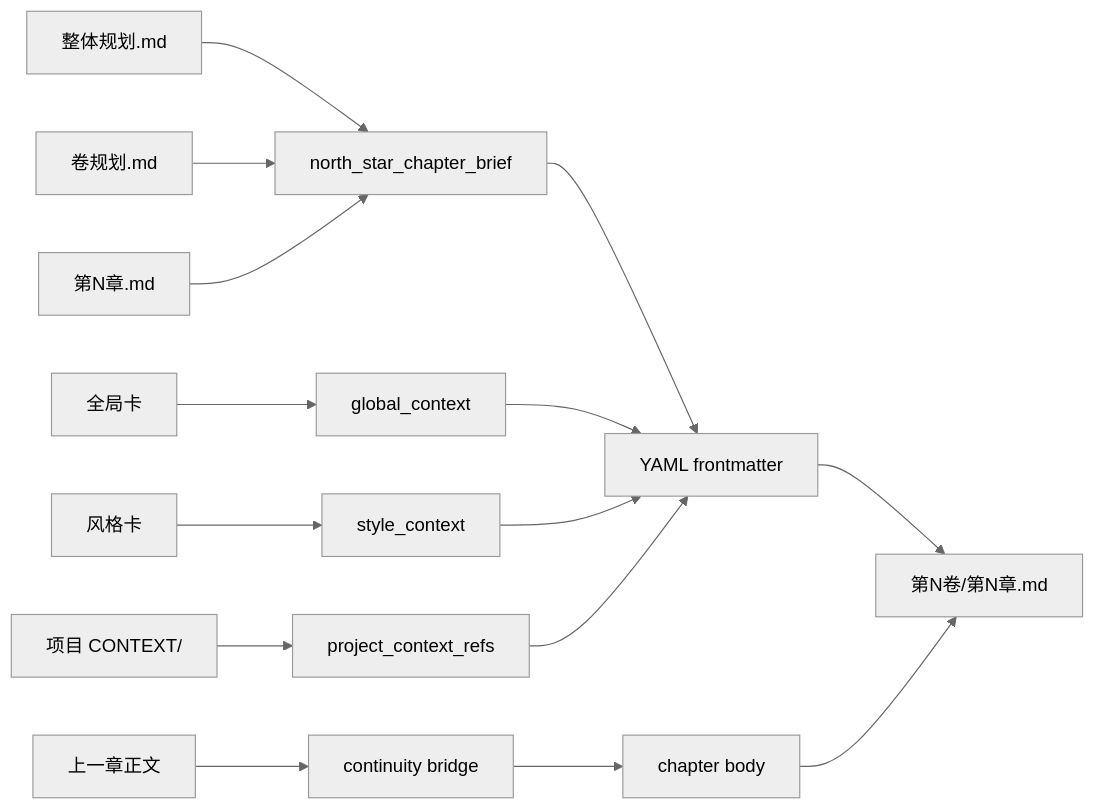
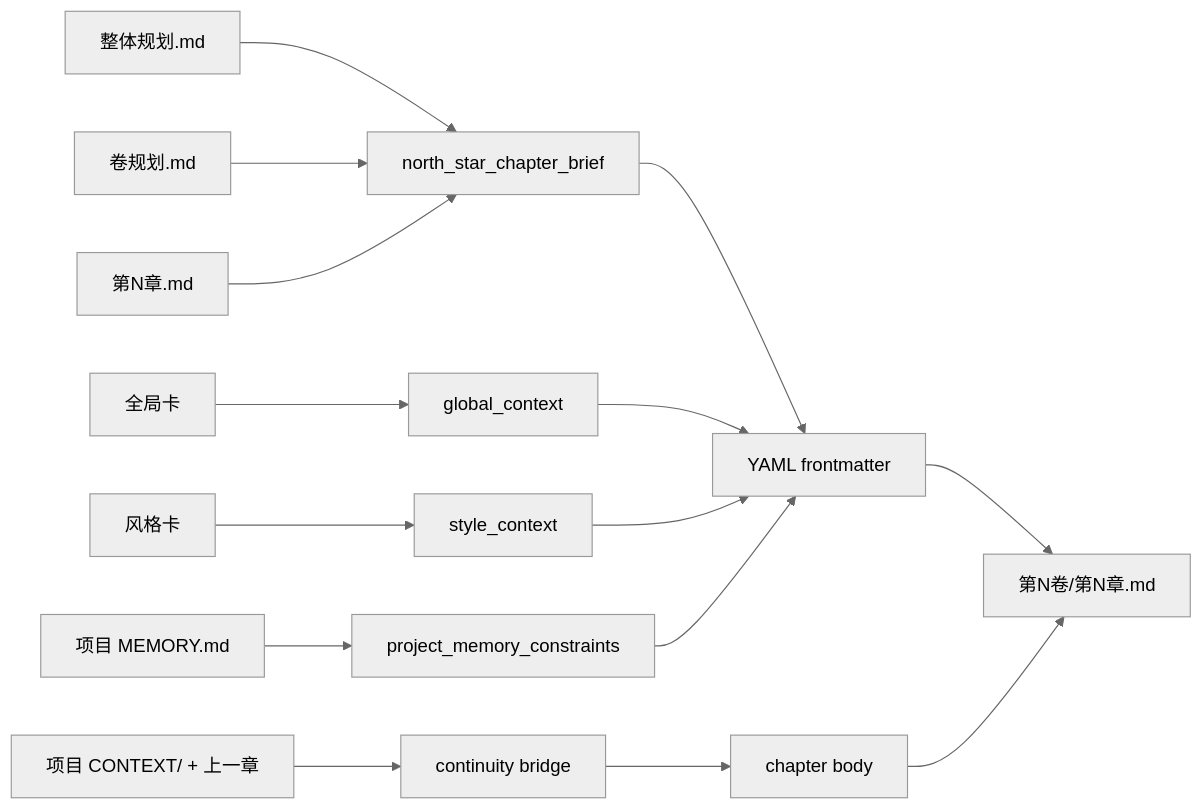
Before and after one commit to ZEN-VOID/AI-CUT: the second of 2 diagrams in .agents/skills/story/3-Drafting/SKILL.md, drawn with Mermaid (neutral theme). The commit also changed other lines of this file and 526 other files, not shown here.

````diff
--- a/.agents/skills/story/3-Drafting/SKILL.md
+++ b/.agents/skills/story/3-Drafting/SKILL.md
@@ -101,17 +120,17 @@
 ```mermaid
 graph LR
     A["整体规划.md"] --> H["north_star_chapter_brief"]
     B["卷规划.md"] --> H
     C["第N章.md"] --> H
     D["全局卡"] --> I["global_context"]
     E["风格卡"] --> J["style_context"]
-    F["项目 CONTEXT/"] --> K["project_context_refs"]
-    G["上一章正文"] --> L["continuity bridge"]
+    F["项目 MEMORY.md"] --> K["project_memory_constraints"]
+    G["项目 CONTEXT/ + 上一章"] --> L["continuity bridge"]
     H --> M["YAML frontmatter"]
     I --> M
     J --> M
     K --> M
     L --> N["chapter body"]
     M --> O["第N卷/第N章.md"]
     N --> O
 ```
````
